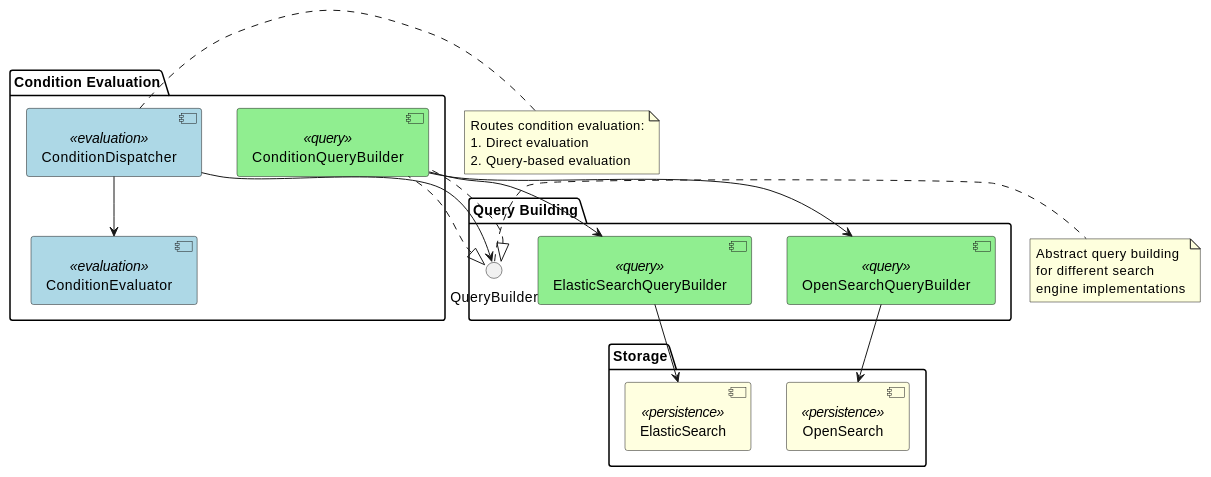
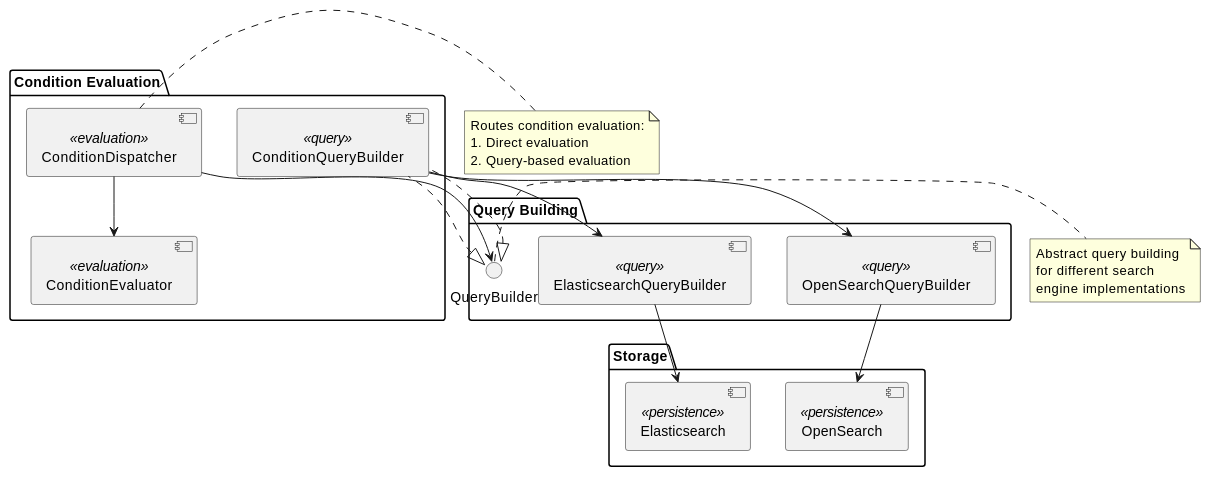
One commit to apache/unomi changed the diagram in manual/src/main/asciidoc/condition-evaluation.adoc. Above: the diagram before and after it, drawn with PlantUML. The commit also changed other lines of this file and 61 other files, not shown here.

First line of the commit message:
UNOMI-969: Brand PlantUML diagrams with Unomi theme colors (#831)

```diff
--- a/manual/src/main/asciidoc/condition-evaluation.adoc
+++ b/manual/src/main/asciidoc/condition-evaluation.adoc
@@ -25,53 +25,48 @@
 [plantuml]
 ----
 @startuml
 skinparam componentStyle uml2
-skinparam component {
-  BackgroundColor<<evaluation>> LightBlue
-  BackgroundColor<<query>> LightGreen
-  BackgroundColor<<persistence>> LightYellow
-}
 
 package "Condition Evaluation" {
   [ConditionDispatcher] <<evaluation>>
   [ConditionEvaluator] <<evaluation>>
   [ConditionQueryBuilder] <<query>>
   [ConditionQueryBuilder] <<query>>
 }
 
 package "Query Building" {
   interface "QueryBuilder" as QB
-  [ElasticSearchQueryBuilder] <<query>>
+  [ElasticsearchQueryBuilder] <<query>>
   [OpenSearchQueryBuilder] <<query>>
 }
 
 package "Storage" {
-  [ElasticSearch] <<persistence>>
+  [Elasticsearch] <<persistence>>
   [OpenSearch] <<persistence>>
 }
 
 [ConditionDispatcher] --> [ConditionEvaluator]
 [ConditionDispatcher] --> QB
 
 QB <|.. [ConditionQueryBuilder]
 QB <|.. [ConditionQueryBuilder]
 
-[ConditionQueryBuilder] --> [ElasticSearchQueryBuilder]
+[ConditionQueryBuilder] --> [ElasticsearchQueryBuilder]
 [ConditionQueryBuilder] --> [OpenSearchQueryBuilder]
 
-[ElasticSearchQueryBuilder] --> [ElasticSearch]
+[ElasticsearchQueryBuilder] --> [Elasticsearch]
 [OpenSearchQueryBuilder] --> [OpenSearch]
 
 note right of [ConditionDispatcher]
   Routes condition evaluation:
   1. Direct evaluation
   2. Query-based evaluation
 end note
 
 note right of QB
   Abstract query building
   for different search
   engine implementations
 end note
 @enduml
 ----
```
